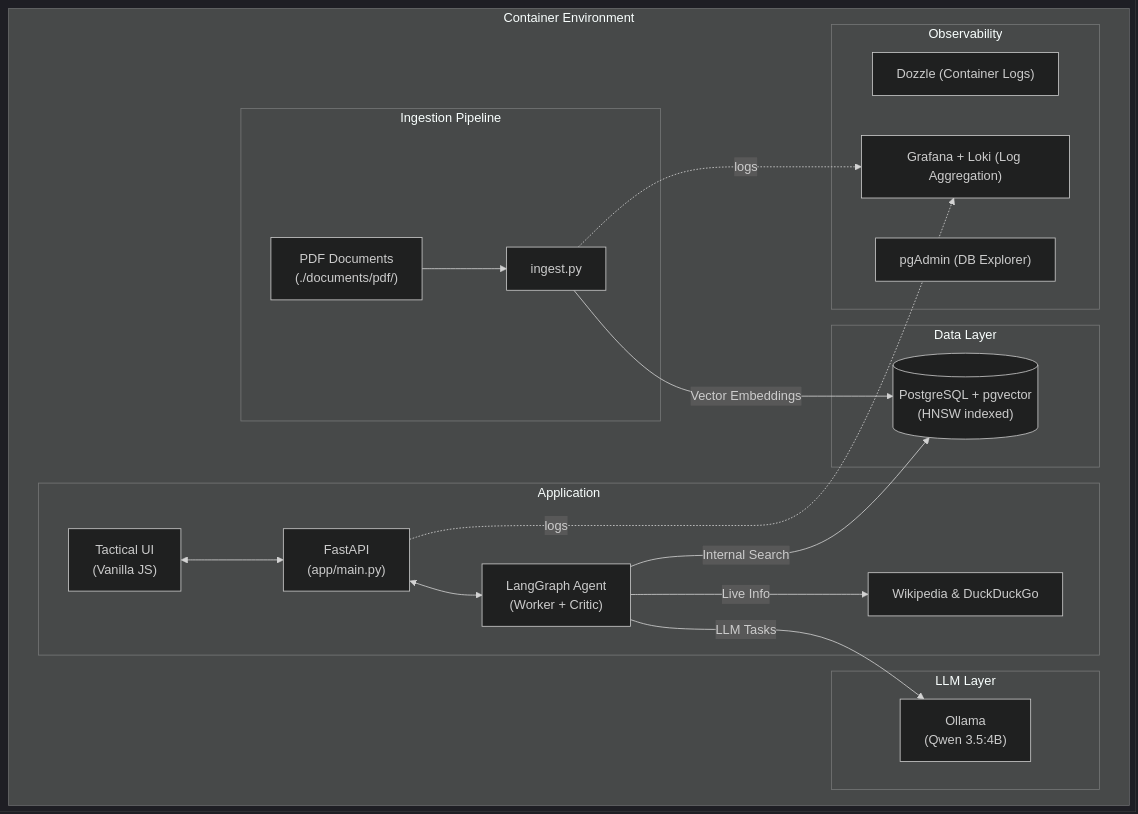
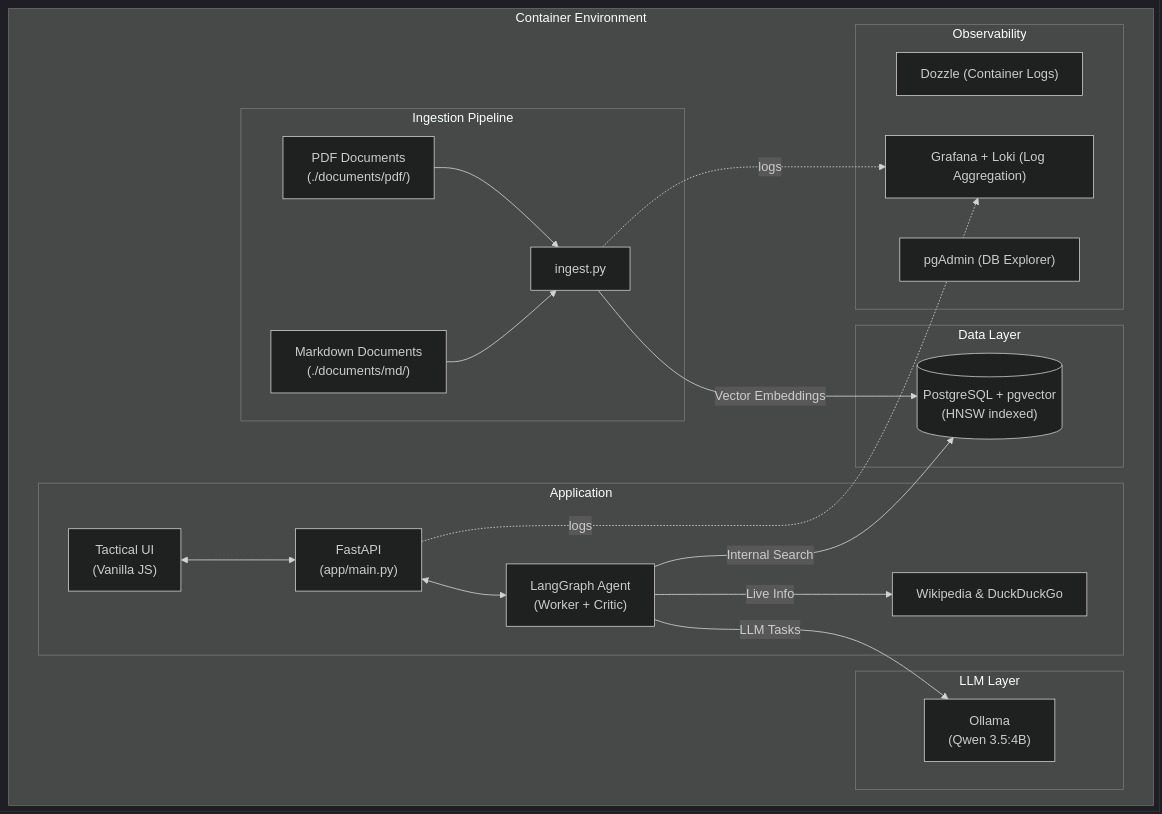
The diagram in README.md (fbaierl/geo-vision-lab), drawn with Mermaid before and after one commit. The commit also changed other lines of this file and 4 other files, not shown here.

````diff
--- a/README.md
+++ b/README.md
@@ -41,35 +41,36 @@
 ```mermaid
 %%{init: {'theme': 'dark'}}%%
 graph TD
     subgraph Docker ["Container Environment"]
         subgraph Data ["Data Layer"]
             PG[("PostgreSQL + pgvector\n(HNSW indexed)")]
         end
 
         subgraph LLM ["LLM Layer"]
             OL["Ollama\n(Qwen 3.5:4B)"]
         end
 
         subgraph Ingestion ["Ingestion Pipeline"]
             PDF["PDF Documents\n(./documents/pdf/)"] --> ING["ingest.py"]
+            MD["Markdown Documents\n(./documents/md/)"] --> ING
             ING -->|"Vector Embeddings"| PG
         end
 
         subgraph App ["Application"]
             UI["Tactical UI\n(Vanilla JS)"] <--> API["FastAPI\n(app/main.py)"]
             API <--> AGENT["LangGraph Agent\n(Worker + Critic)"]
             AGENT -->|"Internal Search"| PG
             AGENT -->|"LLM Tasks"| OL
             AGENT -->|"Live Info"| WEB["Wikipedia & DuckDuckGo"]
         end
 
         subgraph Ops ["Observability"]
             DZ["Dozzle (Container Logs)"]
             GF["Grafana + Loki (Log Aggregation)"]
             PA["pgAdmin (DB Explorer)"]
         end
     end
 
     API -.->|"logs"| GF
     ING -.->|"logs"| GF
 ```
````
